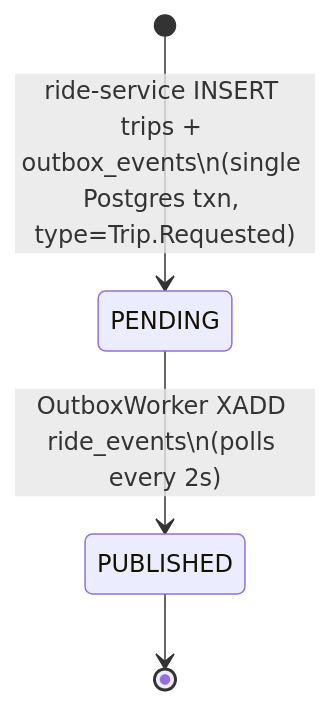
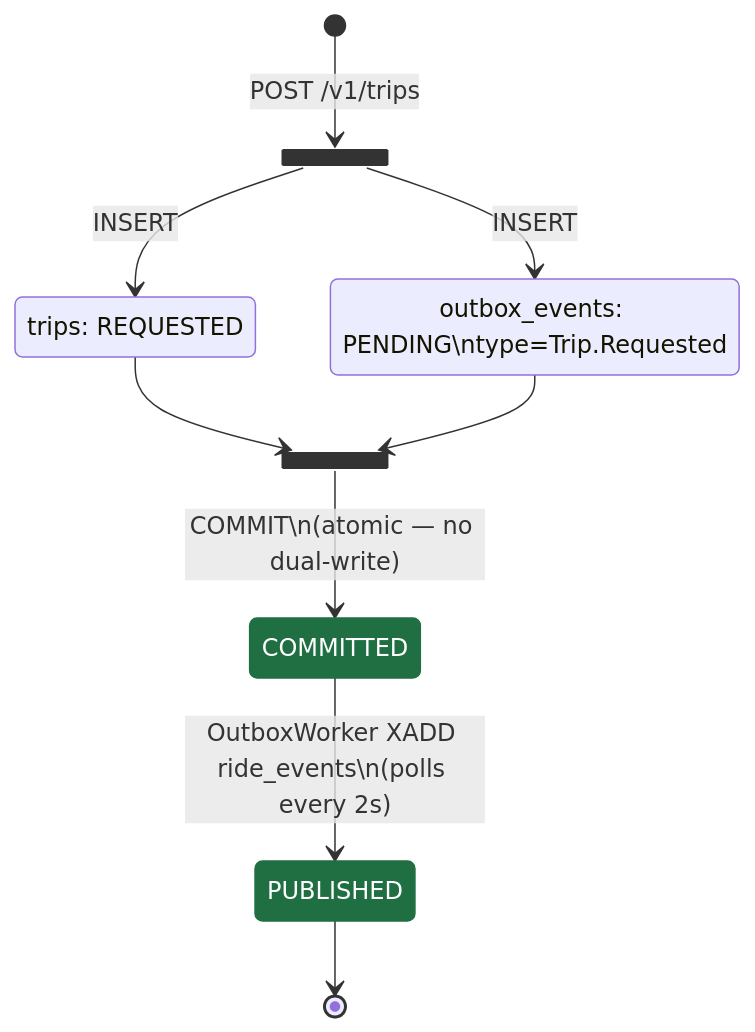
Before and after one commit to Ama2352/vroom-services: the first of 2 diagrams in README.md, drawn with Mermaid. The commit also changed other lines of this file, not shown here.

First line of the commit message:
docs: redesign Outbox and Saga diagrams for depth and clarity

````diff
--- a/README.md
+++ b/README.md
@@ -43,6 +43,21 @@
 ```mermaid
 stateDiagram-v2
-    [*] --> PENDING: ride-service INSERT trips + outbox_events\n(single Postgres txn, type=Trip.Requested)
-    PENDING --> PUBLISHED: OutboxWorker XADD ride_events\n(polls every 2s)
+    classDef highlight fill:#1f6f43,color:#fff,stroke:#1f6f43
+
+    state fork_state <<fork>>
+    state join_state <<join>>
+    state "trips: REQUESTED" as trip_row
+    state "outbox_events: PENDING\ntype=Trip.Requested" as outbox_row
+
+    [*] --> fork_state: POST /v1/trips
+    fork_state --> trip_row: INSERT
+    fork_state --> outbox_row: INSERT
+    trip_row --> join_state
+    outbox_row --> join_state
+    join_state --> COMMITTED: COMMIT\n(atomic — no dual-write)
+
+    COMMITTED --> PUBLISHED: OutboxWorker XADD ride_events\n(polls every 2s)
     PUBLISHED --> [*]
+
+    class COMMITTED,PUBLISHED highlight
 ```
````
